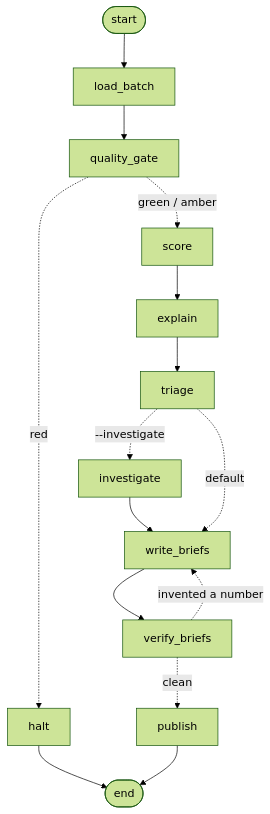
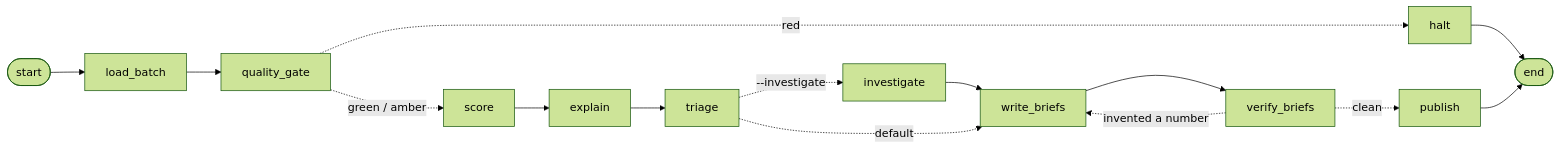
Before and after one commit to kb2326/cordilla-account-scoring: the fifth of 5 diagrams in README.md, drawn with Mermaid (forest theme). The commit also changed other lines of this file and 1 other file, not shown here.

First line of the commit message:
Warmer register toward the model we were given, and a readable graph

````diff
--- a/README.md
+++ b/README.md
@@ -169,15 +170,11 @@
 ```mermaid
-flowchart TD
-    start(["start"]) --> load_batch
-    load_batch --> quality_gate
-    quality_gate -. "red" .-> halt
-    quality_gate -. "green / amber" .-> score
-    score --> explain --> triage
+flowchart LR
+    start(["start"]) --> load_batch --> quality_gate
+    quality_gate -. "red" .-> halt --> finish(["end"])
+    quality_gate -. "green / amber" .-> score --> explain --> triage
     triage -. "--investigate" .-> investigate --> write_briefs
     triage -. "default" .-> write_briefs
     write_briefs --> verify_briefs
     verify_briefs -. "invented a number" .-> write_briefs
-    verify_briefs -. "clean" .-> publish
-    halt --> finish(["end"])
-    publish --> finish
+    verify_briefs -. "clean" .-> publish --> finish
 ```
````
